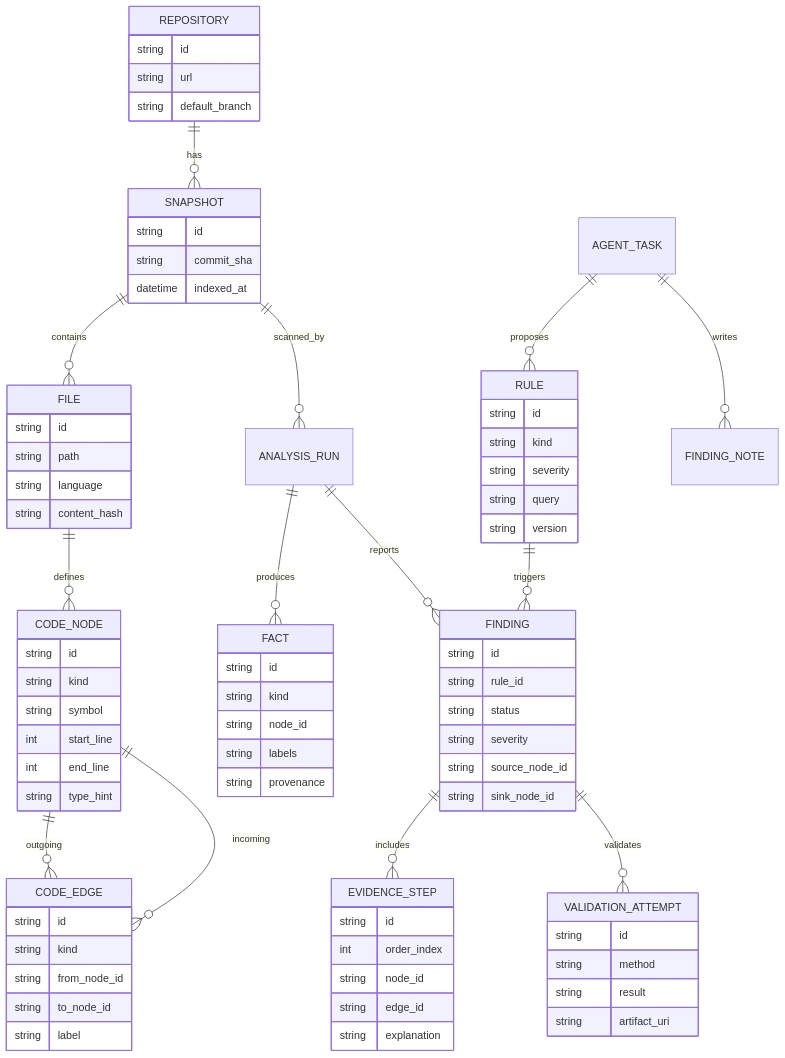
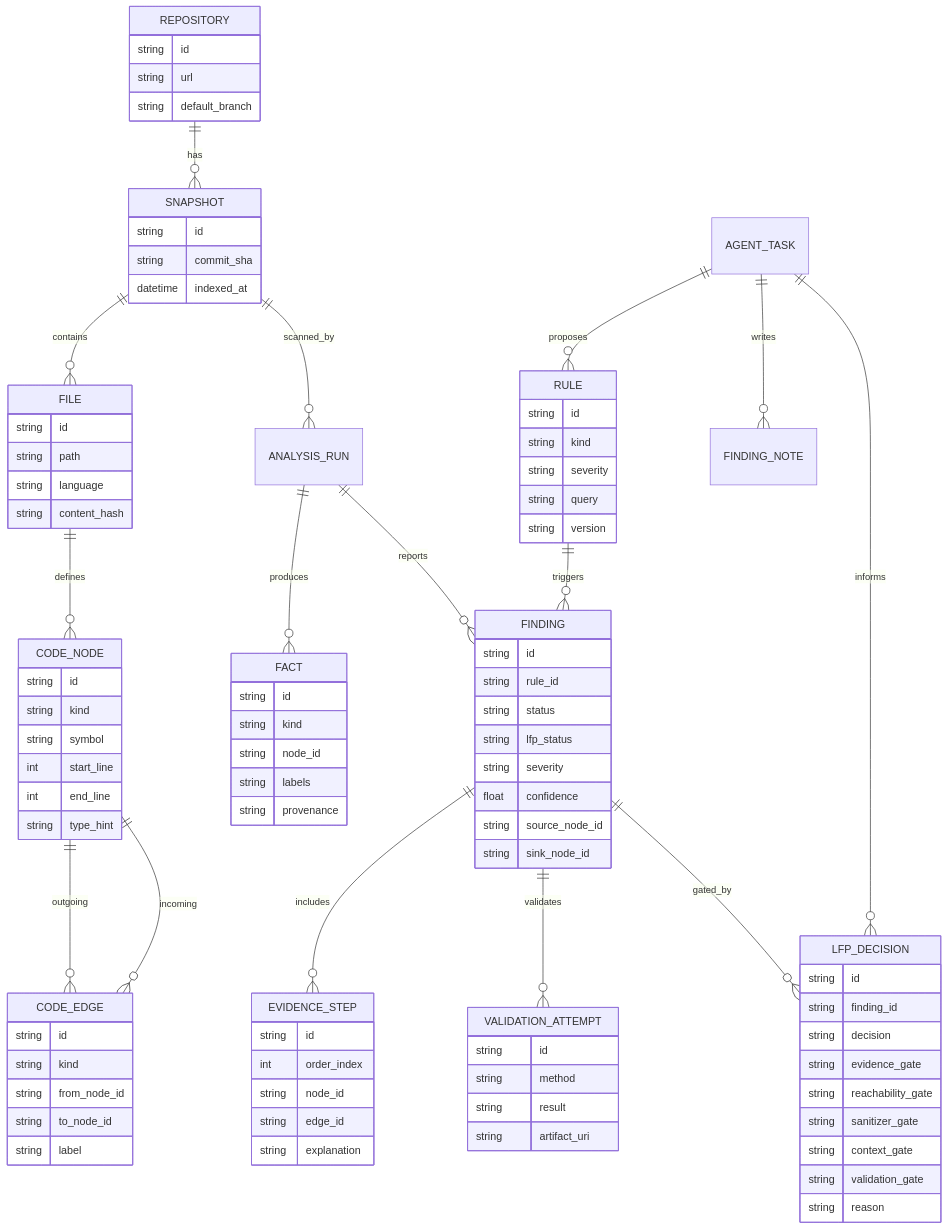
One commit to Alphacl0w/auto-evolution-notes changed the third of 4 diagrams in src/content/posts/2026-05-18-agent-cpg-lfp-white-box-scanner.md. Above: the diagram before and after it, drawn with Mermaid. The commit also changed other lines of this file, not shown here.

Commit message:
Correct LFP white-box scanner design

```diff
--- a/src/content/posts/2026-05-18-agent-cpg-lfp-white-box-scanner.md
+++ b/src/content/posts/2026-05-18-agent-cpg-lfp-white-box-scanner.md
@@ -469,8 +506,10 @@
   RULE ||--o{ FINDING : triggers
   FINDING ||--o{ EVIDENCE_STEP : includes
   FINDING ||--o{ VALIDATION_ATTEMPT : validates
+  FINDING ||--o{ LFP_DECISION : gated_by
   AGENT_TASK ||--o{ RULE : proposes
   AGENT_TASK ||--o{ FINDING_NOTE : writes
+  AGENT_TASK ||--o{ LFP_DECISION : informs
 
   REPOSITORY {
     string id
@@ -528,9 +567,23 @@
     string id
     string rule_id
     string status
+    string lfp_status
     string severity
+    float confidence
     string source_node_id
     string sink_node_id
+  }
+
+  LFP_DECISION {
+    string id
+    string finding_id
+    string decision
+    string evidence_gate
+    string reachability_gate
+    string sanitizer_gate
+    string context_gate
+    string validation_gate
+    string reason
   }
 
   EVIDENCE_STEP {
```
